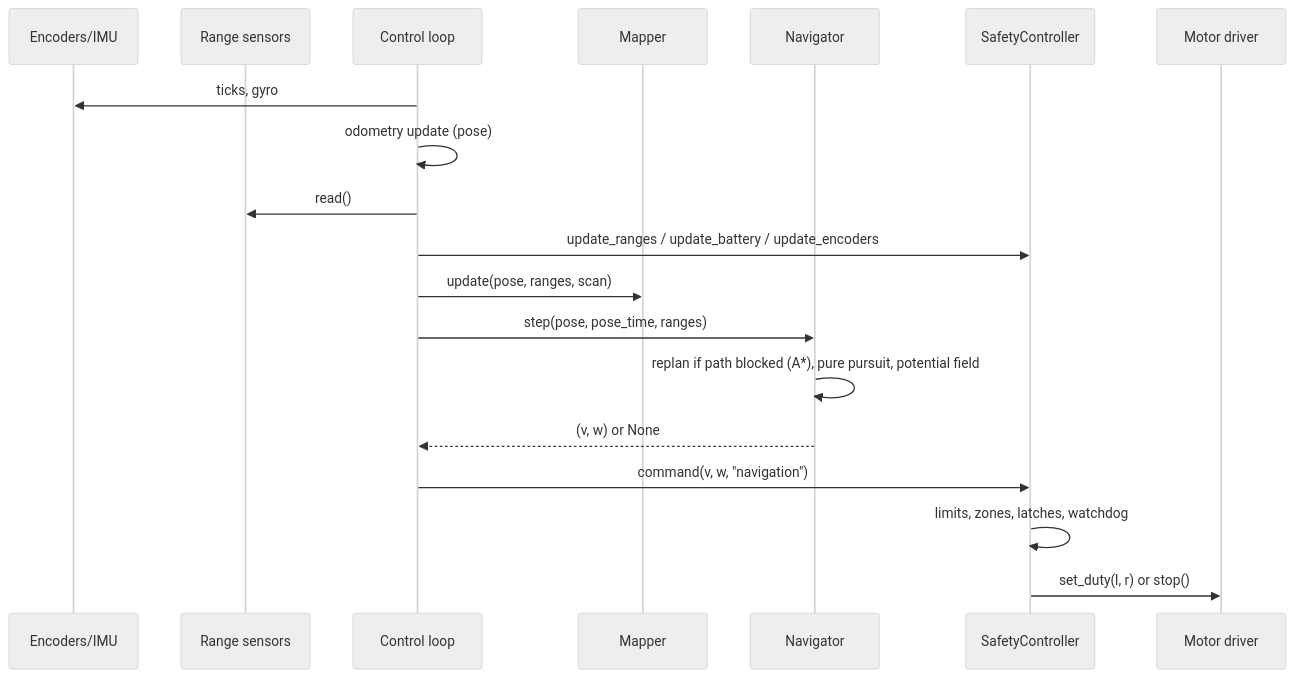
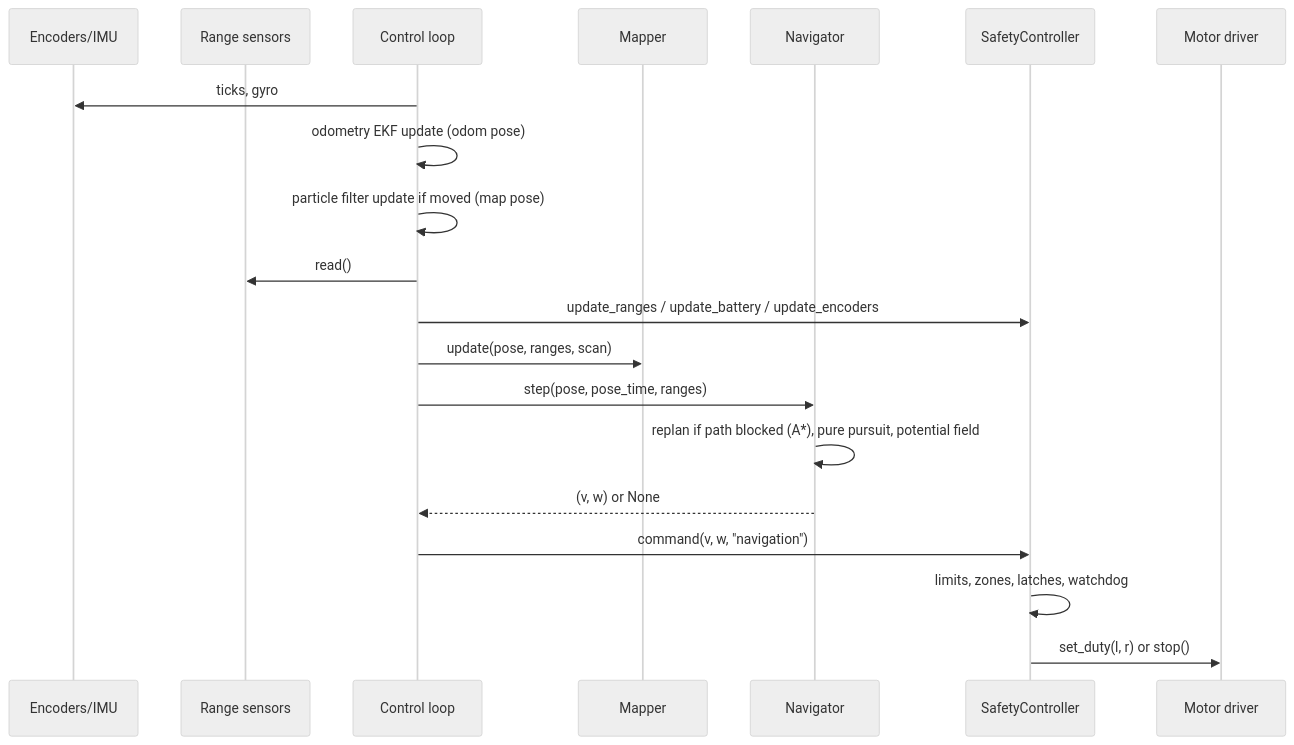
One commit to kryptonite012/autonomous-navigtion changed the third of 3 diagrams in docs/architecture.md. Above: the diagram before and after it, drawn with Mermaid (neutral theme). The commit also changed other lines of this file and 1 other file, not shown here.

Commit message:
Update architecture and database docs for localisation, missions and object map

````diff
--- a/docs/architecture.md
+++ b/docs/architecture.md
@@ -131,21 +143,22 @@
 ```mermaid
 sequenceDiagram
     participant E as Encoders/IMU
     participant R as Range sensors
     participant C as Control loop
     participant M as Mapper
     participant N as Navigator
     participant S as SafetyController
     participant D as Motor driver
     C->>E: ticks, gyro
-    C->>C: odometry update (pose)
+    C->>C: odometry EKF update (odom pose)
+    C->>C: particle filter update if moved (map pose)
     C->>R: read()
     C->>S: update_ranges / update_battery / update_encoders
     C->>M: update(pose, ranges, scan)
     C->>N: step(pose, pose_time, ranges)
     N->>N: replan if path blocked (A*), pure pursuit, potential field
     N-->>C: (v, w) or None
     C->>S: command(v, w, "navigation")
     S->>S: limits, zones, latches, watchdog
     S->>D: set_duty(l, r) or stop()
 ```
````
